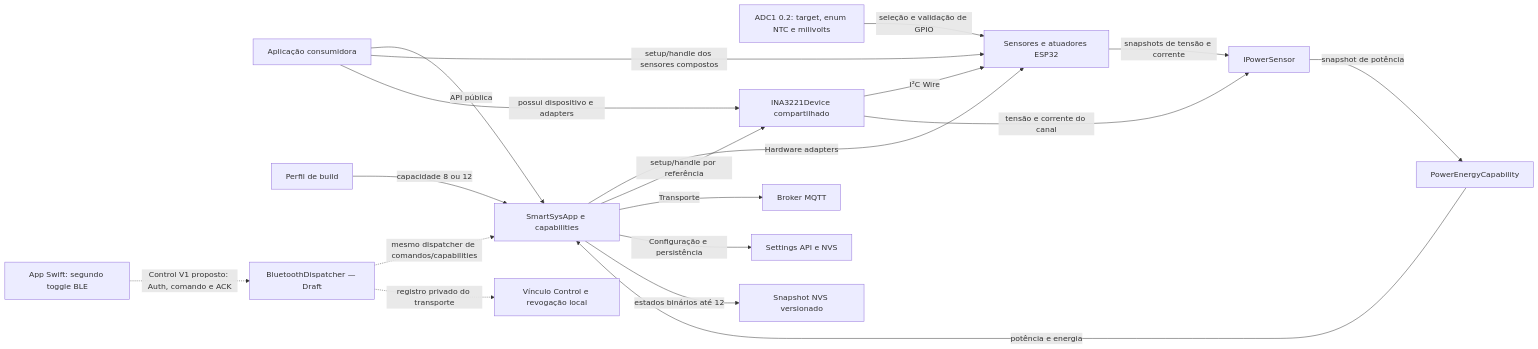
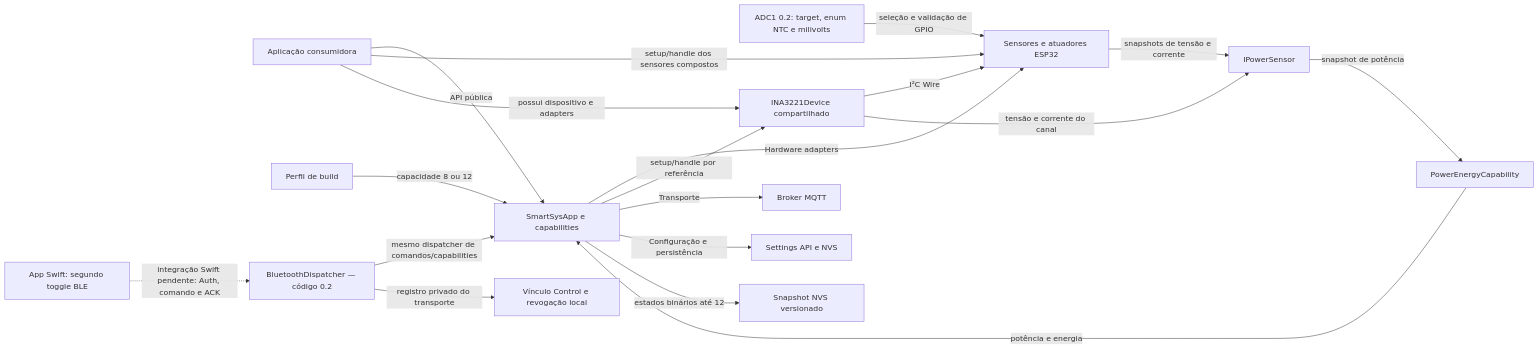
Before and after one commit to iotsmartsys/IoTSmartSysCore: the diagram in docs/rfc/KNOWLEDGE-MAP.md, drawn with Mermaid. The commit also changed other lines of this file and 17 other files, not shown here.

````diff
--- a/docs/rfc/KNOWLEDGE-MAP.md
+++ b/docs/rfc/KNOWLEDGE-MAP.md
@@ -167,21 +167,21 @@
 ```mermaid
 flowchart LR
     APP["Aplicação consumidora"] -->|"API pública"| CORE["SmartSysApp e capabilities"]
     PROFILE["Perfil de build"] -->|"capacidade 8 ou 12"| CORE
     CORE -->|"Hardware adapters"| HW["Sensores e atuadores ESP32"]
     ADC1["ADC1 0.2: target, enum NTC e milivolts"] -->|"seleção e validação de GPIO"| HW
     APP -->|"setup/handle dos sensores compostos"| HW
     APP -->|"possui dispositivo e adapters"| INA["INA3221Device compartilhado"]
     CORE -->|"setup/handle por referência"| INA
     INA -->|"I²C Wire"| HW
     HW -->|"snapshots de tensão e corrente"| PSENSOR["IPowerSensor"]
     INA -->|"tensão e corrente do canal"| PSENSOR
     PSENSOR -->|"snapshot de potência"| POWER["PowerEnergyCapability"]
     POWER -->|"potência e energia"| CORE
-    SWIFT["App Swift: segundo toggle BLE"] -.->|"Control V1 proposto: Auth, comando e ACK"| BLE["BluetoothDispatcher — Draft"]
-    BLE -.->|"mesmo dispatcher de comandos/capabilities"| CORE
-    BLE -.->|"registro privado do transporte"| BLEAUTH["Vínculo Control e revogação local"]
+    SWIFT["App Swift: segundo toggle BLE"] -.->|"integração Swift pendente: Auth, comando e ACK"| BLE["BluetoothDispatcher — código 0.2"]
+    BLE -->|"mesmo dispatcher de comandos/capabilities"| CORE
+    BLE -->|"registro privado do transporte"| BLEAUTH["Vínculo Control e revogação local"]
     CORE -->|"Transporte"| MQTT["Broker MQTT"]
     CORE -->|"Configuração e persistência"| SETTINGS["Settings API e NVS"]
     CORE -->|"estados binários até 12"| BCS["Snapshot NVS versionado"]
 ```
````
